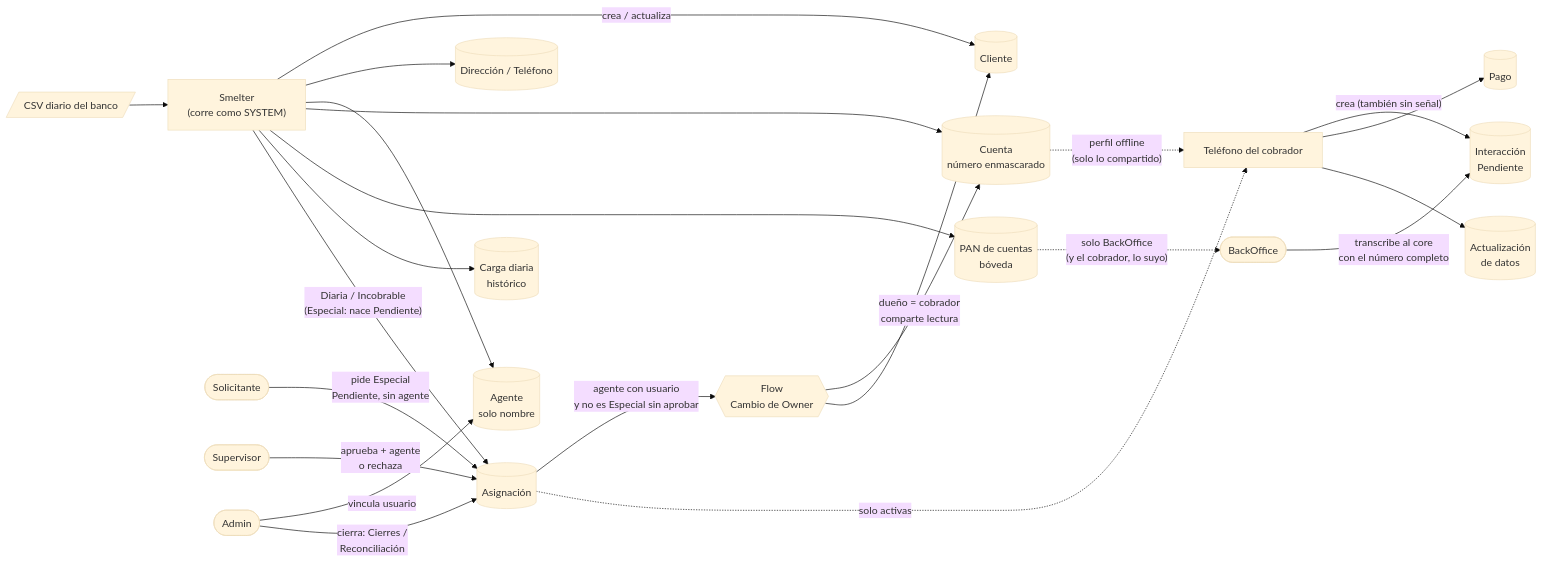
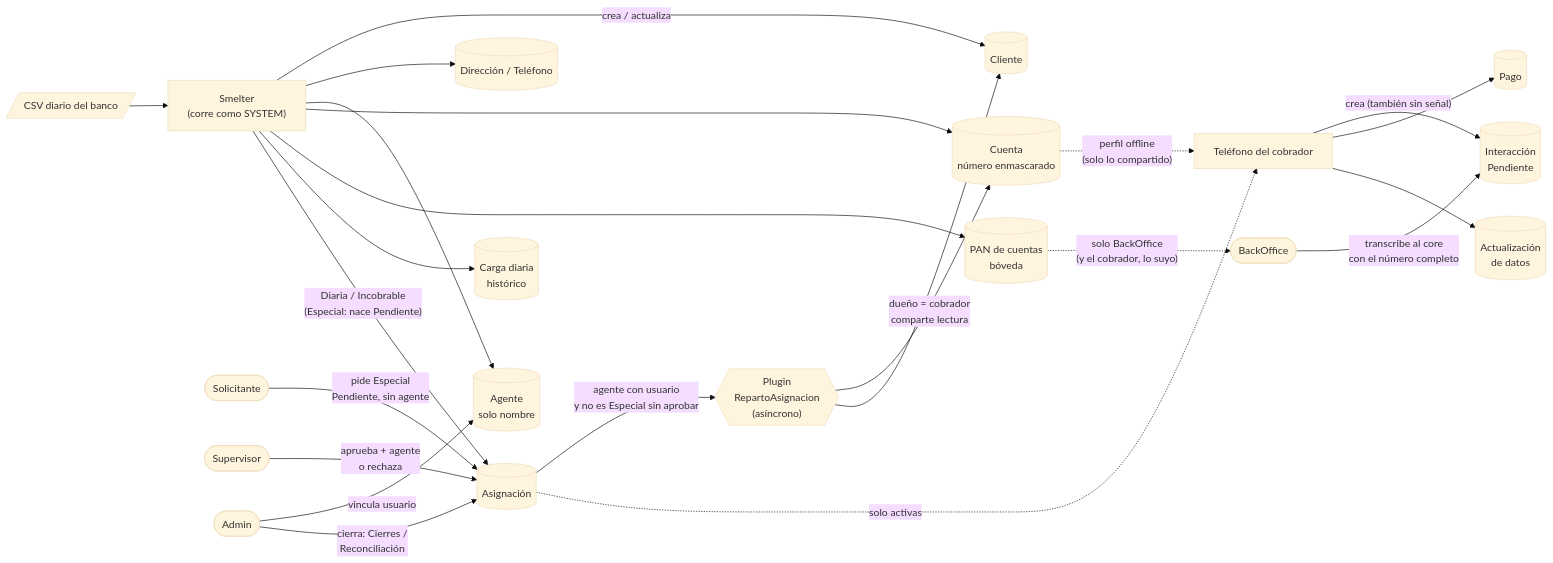
Before and after one commit to breaking-bytes-dev/cobranza-movil: the first of 9 diagrams in docs/auditoria/ciclo-de-vida-de-los-datos.md, drawn with Mermaid (base theme). The commit also changed other lines of this file and 14 other files, not shown here.

````diff
--- a/docs/auditoria/ciclo-de-vida-de-los-datos.md
+++ b/docs/auditoria/ciclo-de-vida-de-los-datos.md
@@ -22,29 +22,29 @@
 ```mermaid
 flowchart LR
     CSV[/"CSV diario del banco"/] --> SM["Smelter<br/>(corre como SYSTEM)"]
     SM -->|"crea / actualiza"| CL[(Cliente)]
     SM --> DT[(Dirección / Teléfono)]
     SM --> AG[(Agente<br/>solo nombre)]
     SM --> CT[(Cuenta<br/>número enmascarado)]
     SM --> CP[(PAN de cuentas<br/>bóveda)]
     SM --> CD[(Carga diaria<br/>histórico)]
     SM -->|"Diaria / Incobrable<br/>(Especial: nace Pendiente)"| AS[(Asignación)]
 
     SOL(["Solicitante"]) -->|"pide Especial<br/>Pendiente, sin agente"| AS
     SUP(["Supervisor"]) -->|"aprueba + agente<br/>o rechaza"| AS
     ADM(["Admin"]) -->|"vincula usuario"| AG
     ADM -->|"cierra: Cierres /<br/>Reconciliación"| AS
 
-    AS -->|"agente con usuario<br/>y no es Especial sin aprobar"| FL{{"Flow<br/>Cambio de Owner"}}
+    AS -->|"agente con usuario<br/>y no es Especial sin aprobar"| FL{{"Plugin<br/>RepartoAsignacion<br/>(asíncrono)"}}
     FL -->|"dueño = cobrador<br/>comparte lectura"| CT
     FL --> CL
 
     CT -.->|"perfil offline<br/>(solo lo compartido)"| TEL["Teléfono del cobrador"]
     AS -.->|"solo activas"| TEL
     TEL -->|"crea (también sin señal)"| IN[(Interacción<br/>Pendiente)]
     TEL --> PG[(Pago)]
     TEL --> AD[(Actualización<br/>de datos)]
 
     BO(["BackOffice"]) -->|"transcribe al core<br/>con el número completo"| IN
     CP -.->|"solo BackOffice<br/>(y el cobrador, lo suyo)"| BO
 ```
````
